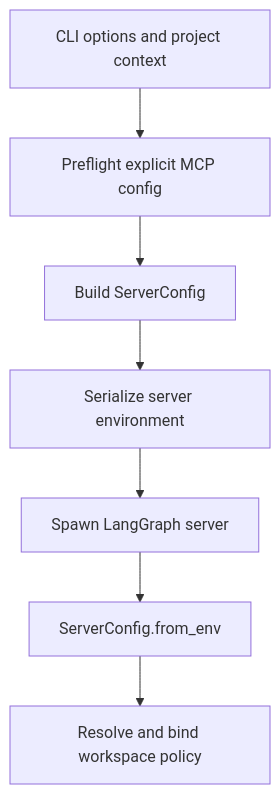
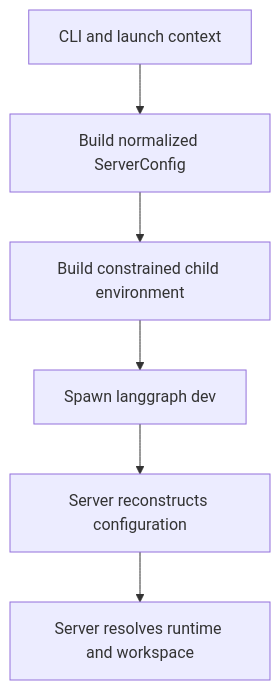
The diagram in openwiki/concepts/config-layering.md (langchain-ai/deepagents), drawn with Mermaid before and after one commit. The commit also changed other lines of this file and 63 other files, not shown here.

````diff
--- a/openwiki/concepts/config-layering.md
+++ b/openwiki/concepts/config-layering.md
@@ -122,9 +45,8 @@
 ```mermaid
 flowchart TD
-    A["CLI options and project context"] --> B["Preflight explicit MCP config"]
-    B --> C["Build ServerConfig"]
-    C --> D["Serialize server environment"]
-    D --> E["Spawn LangGraph server"]
-    E --> F["ServerConfig.from_env"]
-    F --> G["Resolve and bind workspace policy"]
+    A["CLI and launch context"] --> B["Build normalized ServerConfig"]
+    B --> C["Build constrained child environment"]
+    C --> D["Spawn langgraph dev"]
+    D --> E["Server reconstructs configuration"]
+    E --> F["Server resolves runtime and workspace"]
 ```
````
